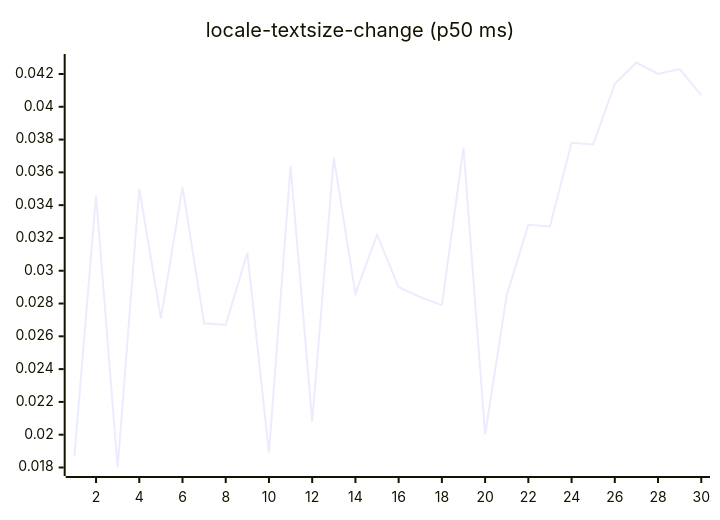
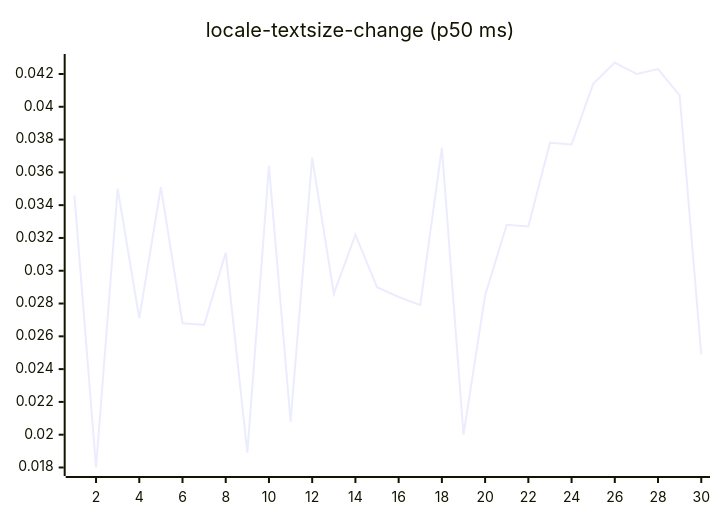
One commit to josha/Facet changed diagram 13 of 27 in README.md. Above: the diagram before and after it, drawn with Mermaid. The commit also changed other lines of this file and 2 other files, not shown here.

````diff
--- a/README.md
+++ b/README.md
@@ -147,6 +147,6 @@
 ```mermaid
 xychart-beta
     title "locale-textsize-change (p50 ms)"
     x-axis 1 --> 30
-    line [0.0187, 0.0346, 0.0180, 0.0350, 0.0271, 0.0351, 0.0268, 0.0267, 0.0311, 0.0189, 0.0364, 0.0208, 0.0369, 0.0286, 0.0322, 0.0290, 0.0284, 0.0279, 0.0375, 0.0200, 0.0285, 0.0328, 0.0327, 0.0378, 0.0377, 0.0414, 0.0427, 0.0420, 0.0423, 0.0407]
+    line [0.0346, 0.0180, 0.0350, 0.0271, 0.0351, 0.0268, 0.0267, 0.0311, 0.0189, 0.0364, 0.0208, 0.0369, 0.0286, 0.0322, 0.0290, 0.0284, 0.0279, 0.0375, 0.0200, 0.0285, 0.0328, 0.0327, 0.0378, 0.0377, 0.0414, 0.0427, 0.0420, 0.0423, 0.0407, 0.0249]
 ```
````
